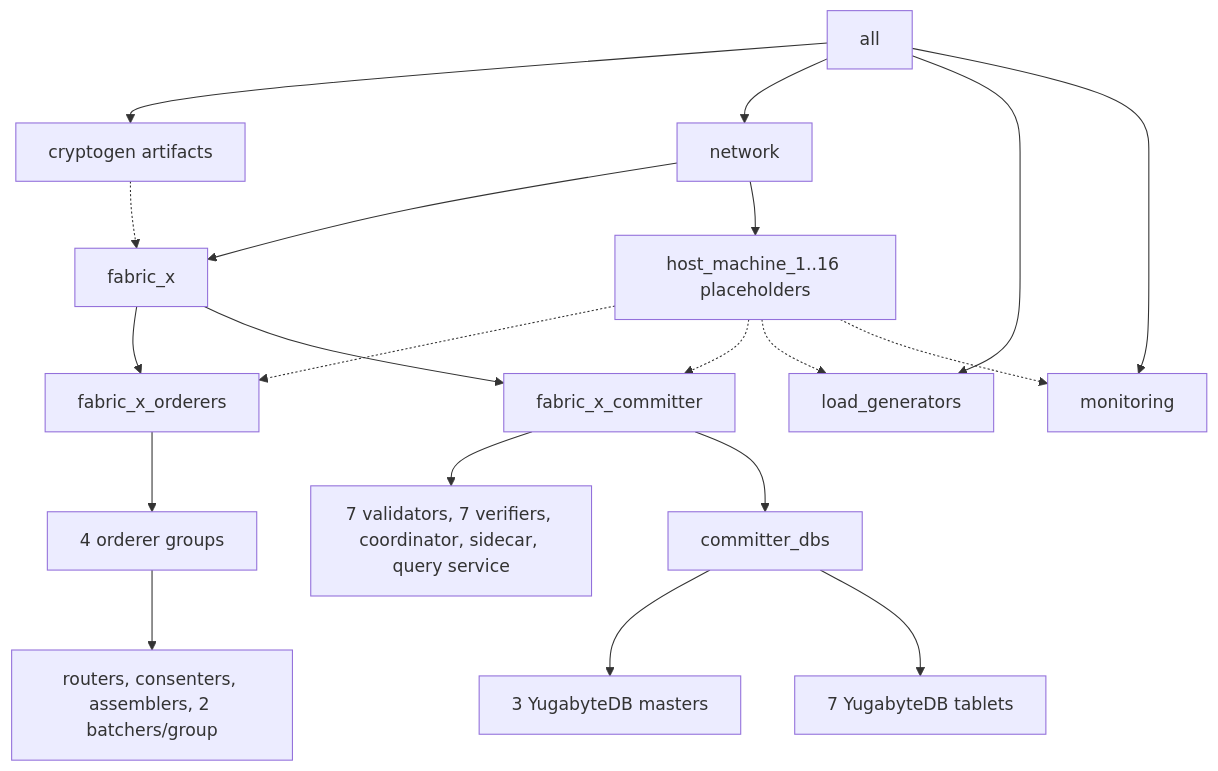
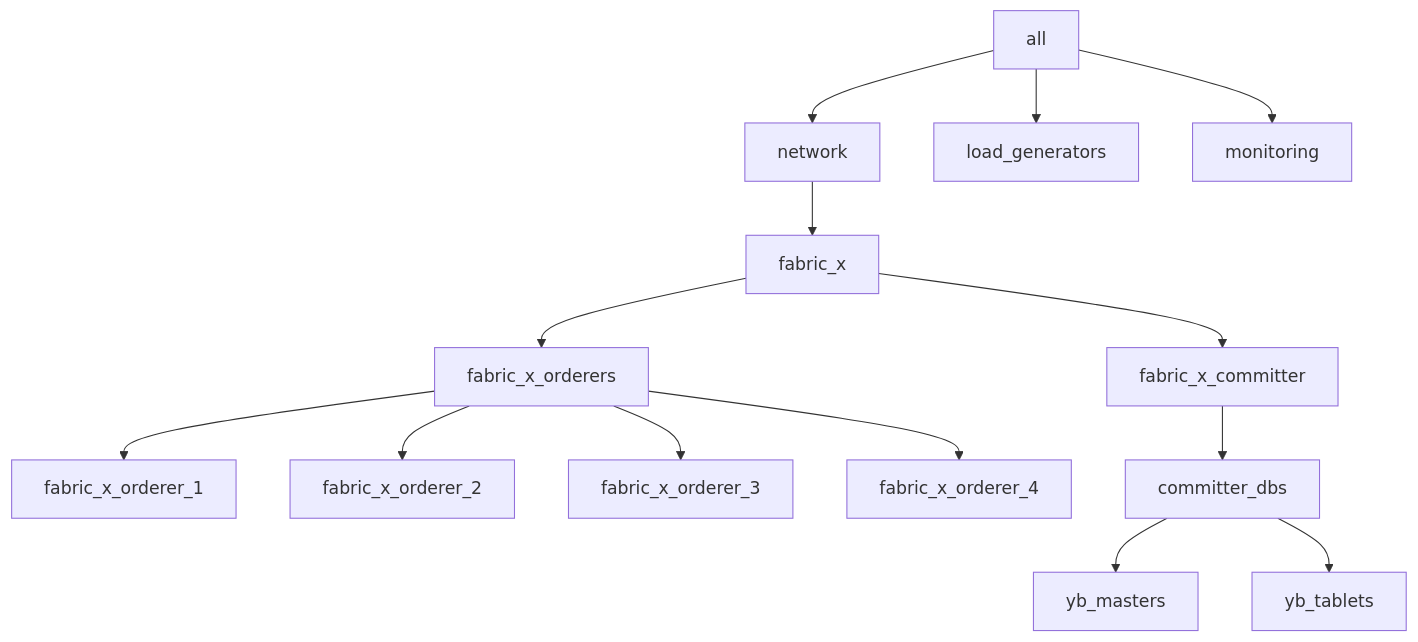
Before and after one commit to LF-Decentralized-Trust-labs/fabric-x-ansible-collection: the diagram in examples/inventory/docs/distributed/fabric-x.md, drawn with Mermaid. The commit also changed 47 other files, not shown here.

````diff
--- a/examples/inventory/docs/distributed/fabric-x.md
+++ b/examples/inventory/docs/distributed/fabric-x.md
@@ -33,22 +33,16 @@
 ```mermaid
 flowchart TD
-  all --> control_node_crypto["cryptogen artifacts"]
   all --> network
   network --> fabric_x
   all --> load_generators
   all --> monitoring
   fabric_x --> fabric_x_orderers
   fabric_x --> fabric_x_committer
-  fabric_x_orderers --> orderer_groups["4 orderer groups"]
-  orderer_groups --> orderer_scale["routers, consenters, assemblers, 2 batchers/group"]
-  fabric_x_committer --> committer_services["7 validators, 7 verifiers, coordinator, sidecar, query service"]
+  fabric_x_orderers --> fabric_x_orderer_1
+  fabric_x_orderers --> fabric_x_orderer_2
+  fabric_x_orderers --> fabric_x_orderer_3
+  fabric_x_orderers --> fabric_x_orderer_4
   fabric_x_committer --> committer_dbs
-  committer_dbs --> yugabyte_masters["3 YugabyteDB masters"]
-  committer_dbs --> yugabyte_tablets["7 YugabyteDB tablets"]
-  network --> machines["host_machine_1..16 placeholders"]
-  machines -.-> fabric_x_orderers
-  machines -.-> fabric_x_committer
-  machines -.-> load_generators
-  machines -.-> monitoring
-  control_node_crypto -.-> fabric_x
+  committer_dbs --> yb_masters
+  committer_dbs --> yb_tablets
 ```
````
